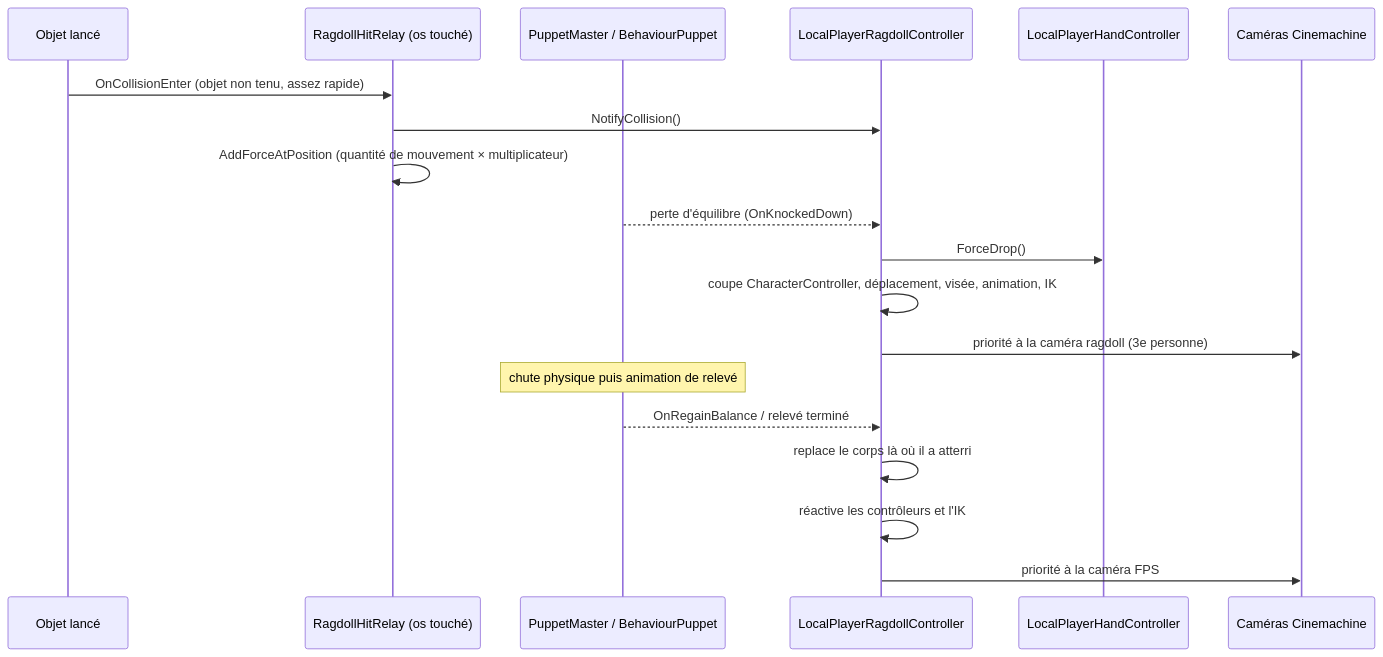
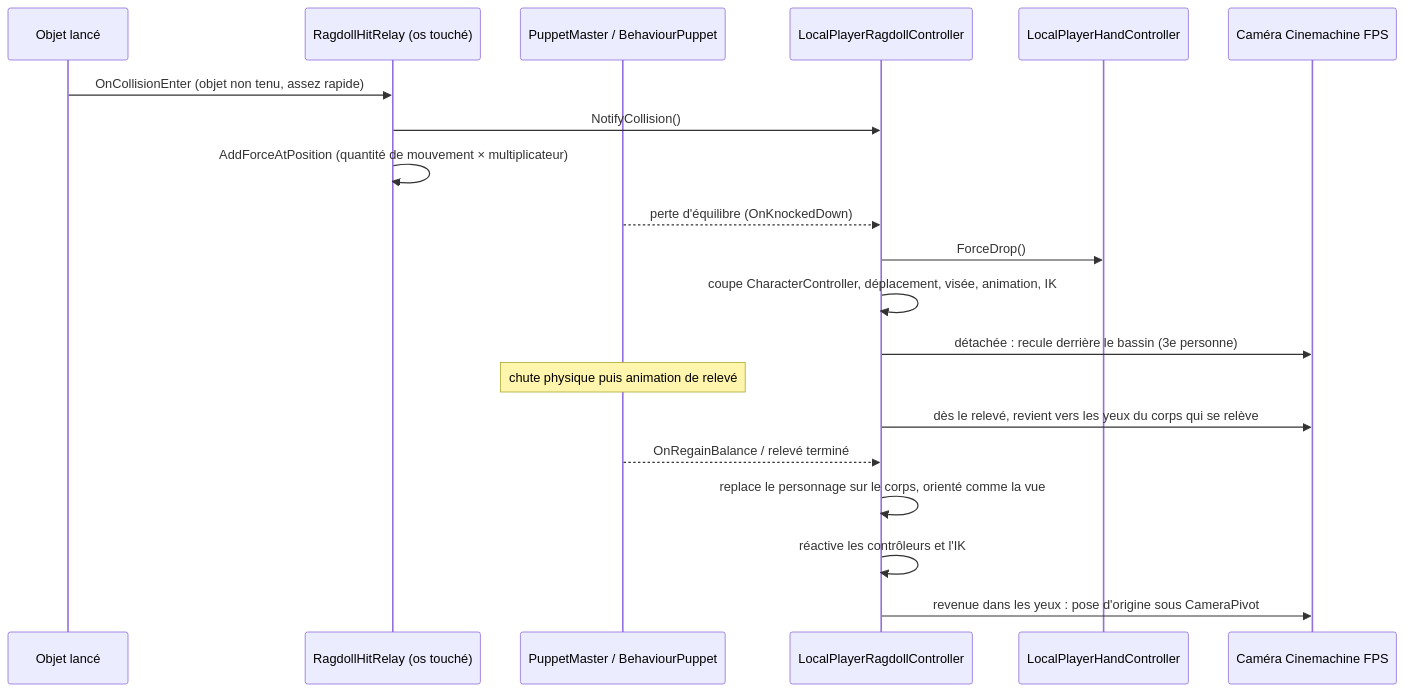
Before and after one commit to FlackyBoy/UntitledPoolgame: the seventh of 7 diagrams in docs/content/tech/sequences.md, drawn with Mermaid. The commit also changed other lines of this file and 14 other files, not shown here.

````diff
--- a/docs/content/tech/sequences.md
+++ b/docs/content/tech/sequences.md
@@ -217,22 +217,23 @@
 ```mermaid
 sequenceDiagram
   participant O as Objet lancé
   participant HR as RagdollHitRelay (os touché)
   participant PM as PuppetMaster / BehaviourPuppet
   participant RC as LocalPlayerRagdollController
   participant H as LocalPlayerHandController
-  participant CAM as Caméras Cinemachine
+  participant CAM as Caméra Cinemachine FPS
 
   O->>HR: OnCollisionEnter (objet non tenu, assez rapide)
   HR->>RC: NotifyCollision()
   HR->>HR: AddForceAtPosition (quantité de mouvement × multiplicateur)
   PM-->>RC: perte d'équilibre (OnKnockedDown)
   RC->>H: ForceDrop()
   RC->>RC: coupe CharacterController, déplacement, visée, animation, IK
-  RC->>CAM: priorité à la caméra ragdoll (3e personne)
+  RC->>CAM: détachée : recule derrière le bassin (3e personne)
   Note over PM: chute physique puis animation de relevé
+  RC->>CAM: dès le relevé, revient vers les yeux du corps qui se relève
   PM-->>RC: OnRegainBalance / relevé terminé
-  RC->>RC: replace le corps là où il a atterri
+  RC->>RC: replace le personnage sur le corps, orienté comme la vue
   RC->>RC: réactive les contrôleurs et l'IK
-  RC->>CAM: priorité à la caméra FPS
+  RC->>CAM: revenue dans les yeux : pose d'origine sous CameraPivot
 ```
````
